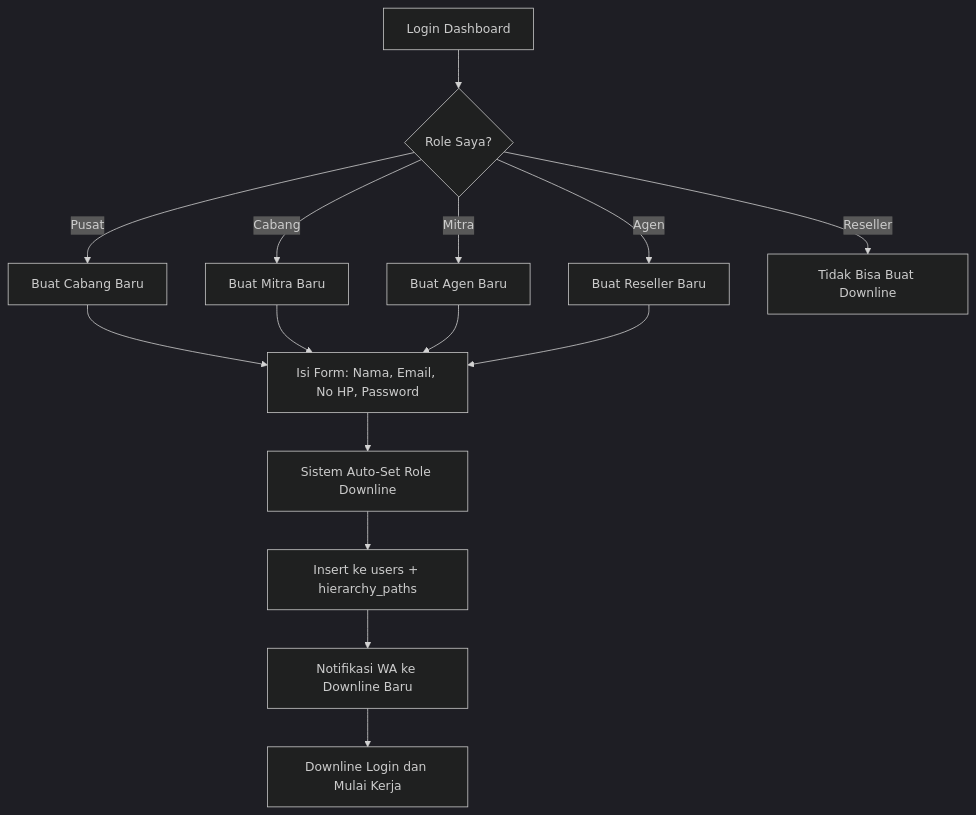
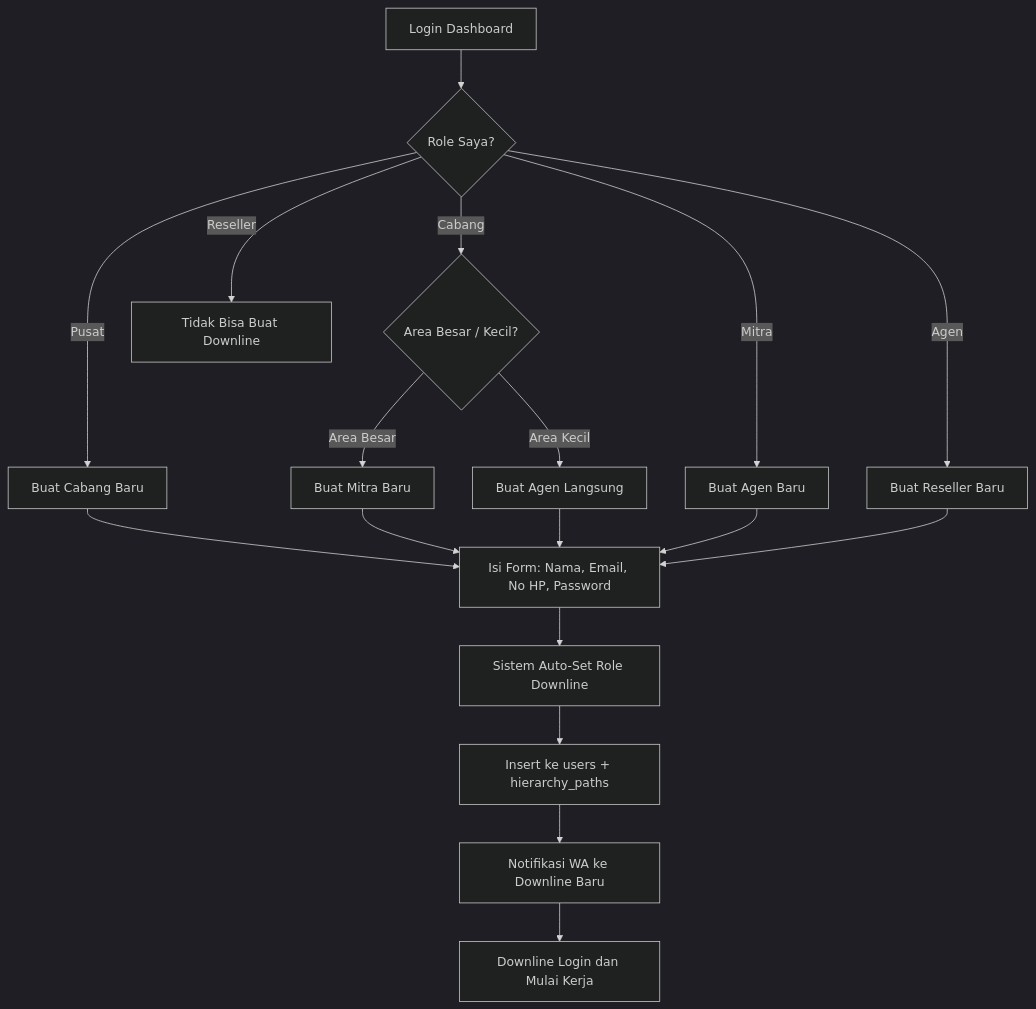
One commit to add146/umroh changed the third of 11 diagrams in docs/PRD - Aplikasi Haji Umroh Terintegrasi.md. Above: the diagram before and after it, drawn with Mermaid (dark theme). The commit also changed other lines of this file and 31 other files, not shown here.

````diff
--- a/docs/PRD - Aplikasi Haji Umroh Terintegrasi.md
+++ b/docs/PRD - Aplikasi Haji Umroh Terintegrasi.md
@@ -172,19 +172,22 @@
 ```mermaid
 flowchart TD
     A[Login Dashboard] --> B{Role Saya?}
     B -->|Pusat| C[Buat Cabang Baru]
-    B -->|Cabang| D[Buat Mitra Baru]
+    B -->|Cabang| D{Area Besar / Kecil?}
+    D -->|Area Besar| D1[Buat Mitra Baru]
+    D -->|Area Kecil| D2[Buat Agen Langsung]
     B -->|Mitra| E[Buat Agen Baru]
     B -->|Agen| F[Buat Reseller Baru]
     B -->|Reseller| G[Tidak Bisa Buat Downline]
     
     C --> H[Isi Form: Nama, Email, No HP, Password]
-    D --> H
+    D1 --> H
+    D2 --> H
     E --> H
     F --> H
     
     H --> I[Sistem Auto-Set Role Downline]
     I --> J[Insert ke users + hierarchy_paths]
     J --> K[Notifikasi WA ke Downline Baru]
     K --> L[Downline Login dan Mulai Kerja]
 ```
````
